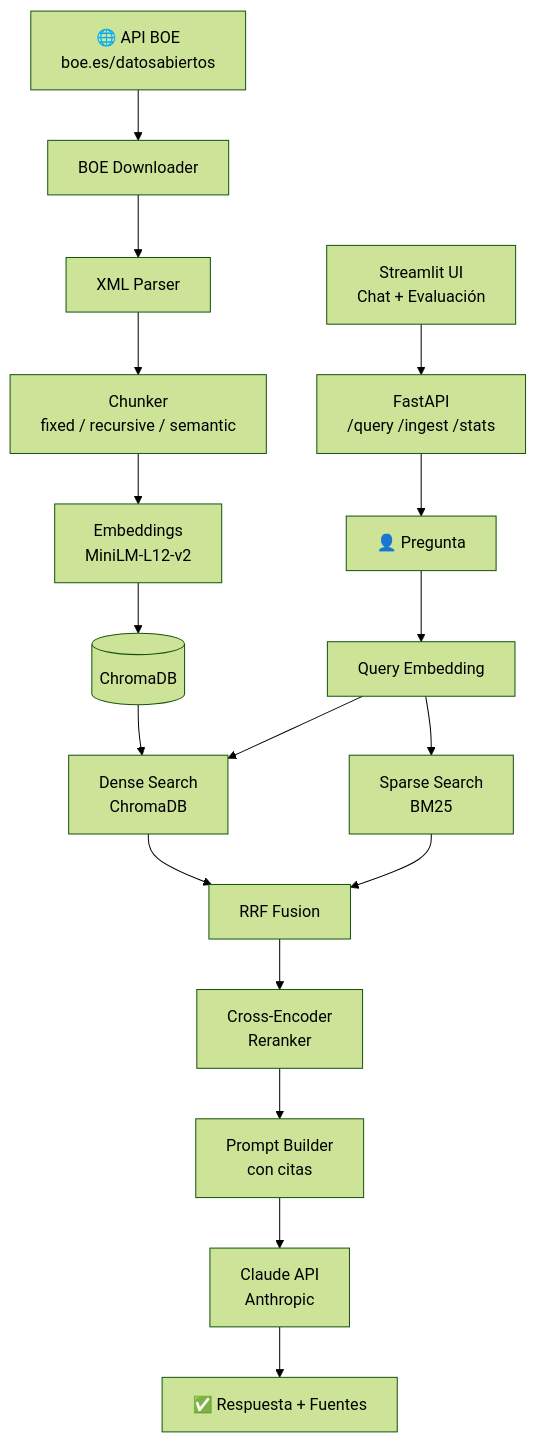
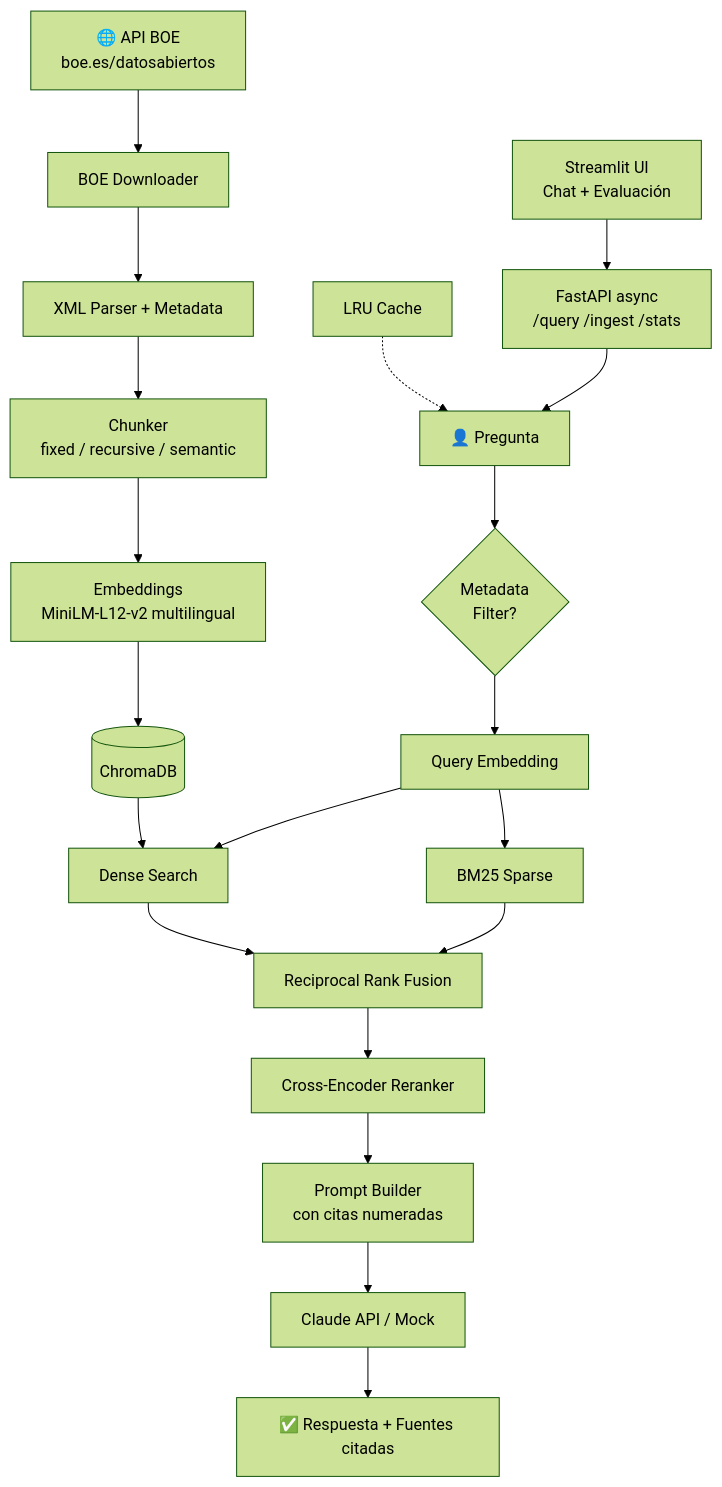
The diagram in README.md (lightskinhorti/RAG), drawn with Mermaid (forest theme) before and after one commit. The commit also changed other lines of this file and 9 other files, not shown here.

````diff
--- a/README.md
+++ b/README.md
@@ -83,23 +91,23 @@
 ```mermaid
 graph TD
-    BOE["🌐 API BOE\nboe.es/datosabiertos"] --> DL[BOE Downloader]
-    DL --> XML[XML Parser]
-    XML --> CHUNK[Chunker\nfixed / recursive / semantic]
-    CHUNK --> EMB[Embeddings\nMiniLM-L12-v2]
-    EMB --> CHROMA[(ChromaDB)]
+    BOE["🌐 API BOE<br/>boe.es/datosabiertos"] --> DL[BOE Downloader]
+    DL --> PARSE[XML Parser + Metadata]
+    PARSE --> CHUNK[Chunker<br/>fixed / recursive / semantic]
+    CHUNK --> EMB["Embeddings<br/>MiniLM-L12-v2 multilingual"]
+    EMB --> DB[(ChromaDB)]
 
-    Q[👤 Pregunta] --> QEMB[Query Embedding]
-    QEMB --> DENSE[Dense Search\nChromaDB]
-    QEMB --> BM25[Sparse Search\nBM25]
-    DENSE --> RRF[RRF Fusion]
-    BM25 --> RRF
-    RRF --> RANK[Cross-Encoder\nReranker]
-    RANK --> PROMPT[Prompt Builder\ncon citas]
-    PROMPT --> LLM[Claude API\nAnthropic]
-    LLM --> ANS[✅ Respuesta + Fuentes]
+    Q["👤 Pregunta"] --> FILT{Metadata<br/>Filter?}
+    FILT --> QEMB[Query Embedding]
+    QEMB --> DENSE[Dense Search]
+    QEMB --> BM25[BM25 Sparse]
+    DENSE & BM25 --> RRF[Reciprocal Rank Fusion]
+    RRF --> RANK[Cross-Encoder Reranker]
+    RANK --> PROMPT["Prompt Builder<br/>con citas numeradas"]
+    PROMPT --> LLM["Claude API / Mock"]
+    DB --> DENSE
+    LLM --> ANS["✅ Respuesta + Fuentes citadas"]
 
-    CHROMA --> DENSE
-
-    API["FastAPI\n/query /ingest /stats"] --> Q
-    UI["Streamlit UI\nChat + Evaluación"] --> API
+    CACHE["LRU Cache"] -.-> Q
+    API["FastAPI async<br/>/query /ingest /stats"] --> Q
+    UI["Streamlit UI<br/>Chat + Evaluación"] --> API
 ```
````
